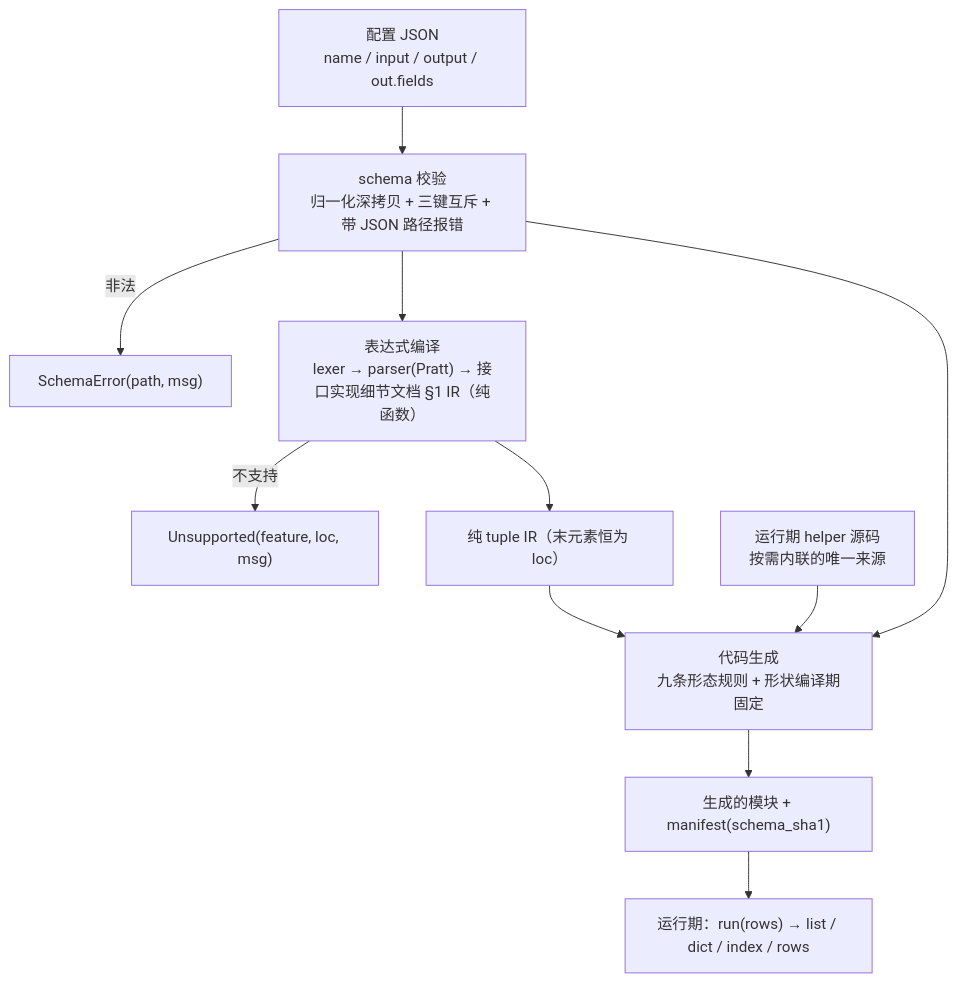
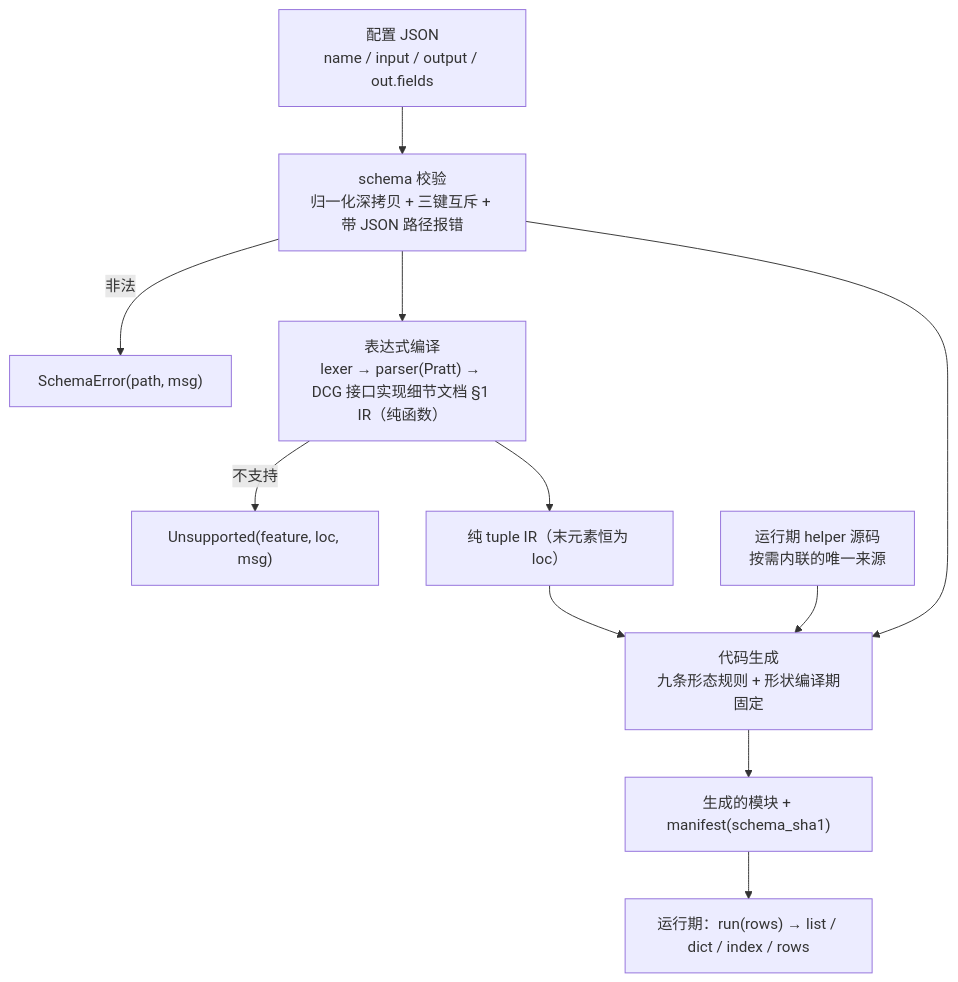
Before and after one commit to CL98K/DCG: the diagram in DCG 整体设计方案与架构文档.md, drawn with Mermaid. The commit also changed other lines of this file and 30 other files, not shown here.

````diff
--- a/DCG 整体设计方案与架构文档.md
+++ b/DCG 整体设计方案与架构文档.md
@@ -129,13 +129,13 @@
 ```mermaid
 flowchart TD
     CFG["配置 JSON<br/>name / input / output / out.fields"] --> VAL
     VAL["schema 校验<br/>归一化深拷贝 + 三键互斥 + 带 JSON 路径报错"] -->|非法| ERR["SchemaError(path, msg)"]
     VAL --> JX
-    JX["表达式编译<br/>lexer → parser(Pratt) → 接口实现细节文档 §1 IR（纯函数）"] -->|不支持| UNSUP["Unsupported(feature, loc, msg)"]
+    JX["表达式编译<br/>lexer → parser(Pratt) → DCG 接口实现细节文档 §1 IR（纯函数）"] -->|不支持| UNSUP["Unsupported(feature, loc, msg)"]
     JX --> IR["纯 tuple IR（末元素恒为 loc）"]
     VAL --> GEN
     IR --> GEN
     RT["运行期 helper 源码<br/>按需内联的唯一来源"] --> GEN
     GEN["代码生成<br/>九条形态规则 + 形状编译期固定"] --> OUT["生成的模块 + manifest(schema_sha1)"]
     OUT --> RUN["运行期：run(rows) → list / dict / index / rows"]
 ```
````
